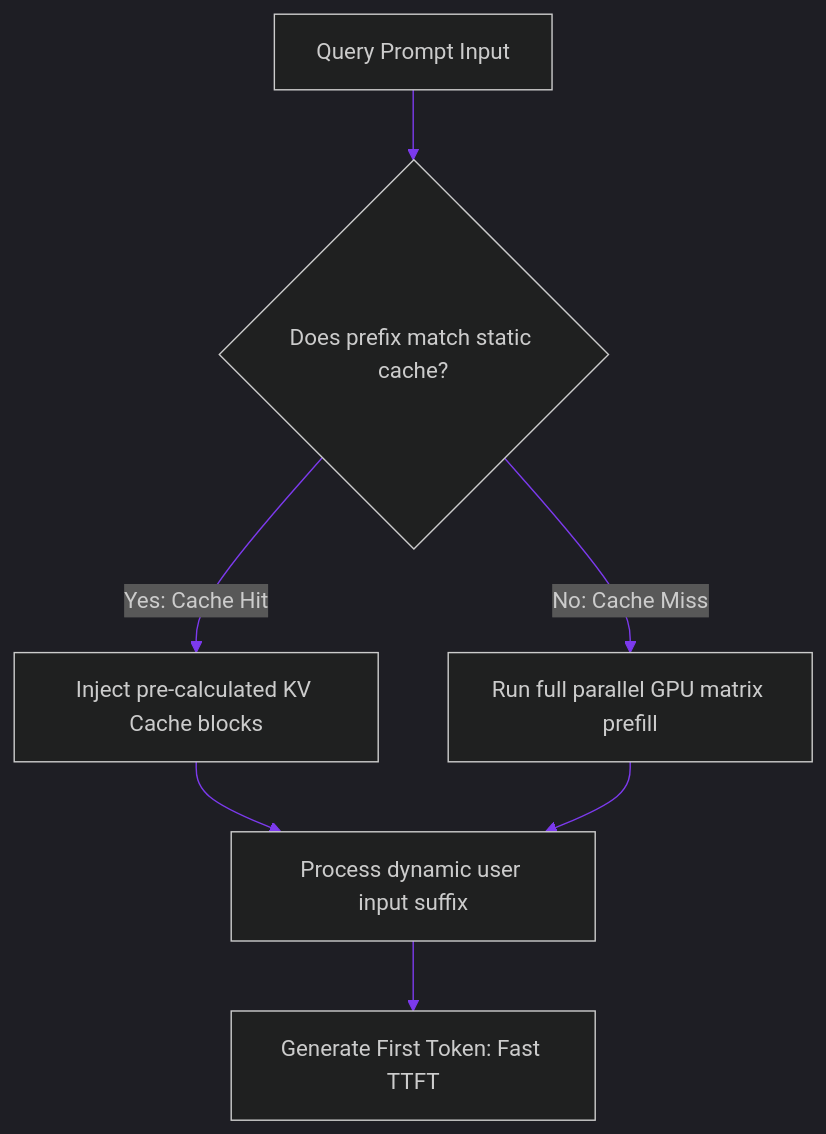
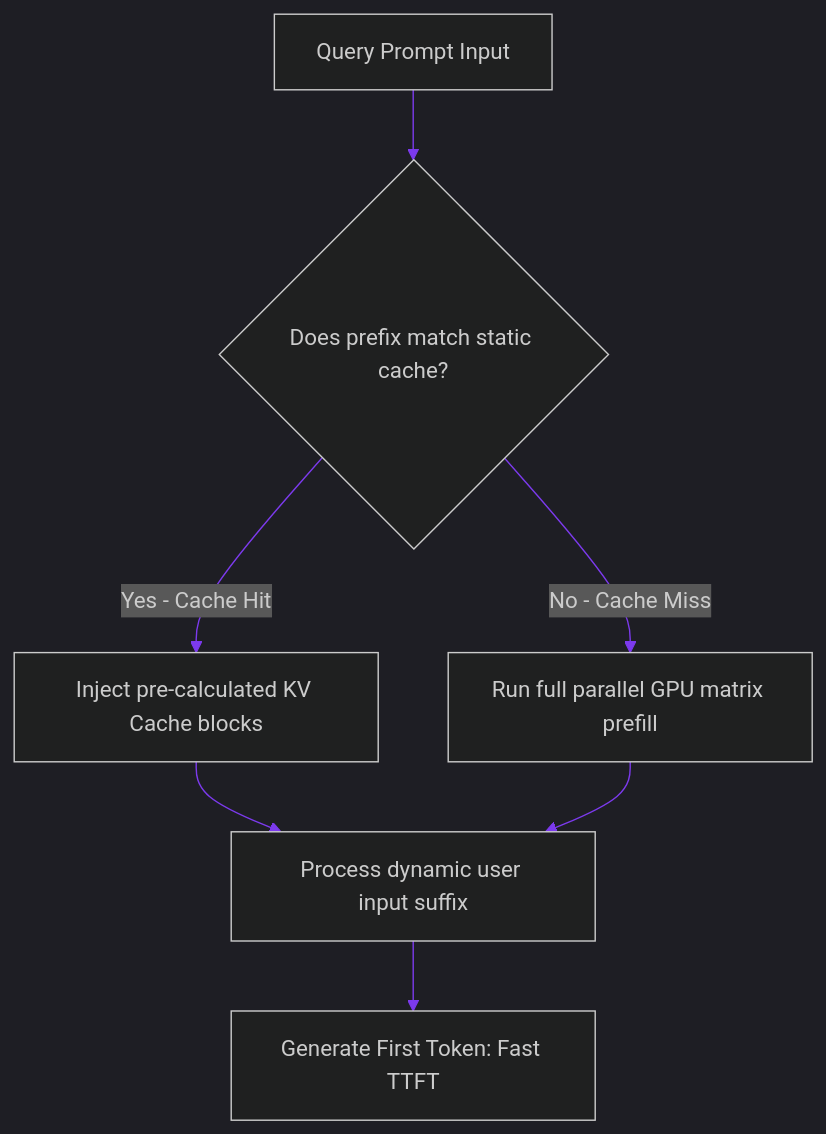
Before and after one commit to akmalkhaniub/akmalkhaniub.github.io: the diagram in blog/posts/serving-context-prefill-acceleration-kv-cache-reuse.md, drawn with Mermaid. The commit also changed 411 other files, not shown here.

````diff
--- a/blog/posts/serving-context-prefill-acceleration-kv-cache-reuse.md
+++ b/blog/posts/serving-context-prefill-acceleration-kv-cache-reuse.md
@@ -16,13 +16,13 @@
 ```mermaid
 %%{init: {'theme': 'dark', 'themeVariables': { 'primaryColor': '#7c3aed', 'primaryTextColor': '#f3f4f6', 'primaryBorderColor': '#a78bfa', 'lineColor': '#7c3aed', 'secondaryColor': '#111827', 'tertiaryColor': '#0b0f19'}}}%%
 flowchart TD
     Prompt[Query Prompt Input] --> Match{Does prefix match static cache?}
     
-    Match -->|Yes: Cache Hit| Reuse[Inject pre-calculated KV Cache blocks]
-    Match -->|No: Cache Miss| Prefill[Run full parallel GPU matrix prefill]
+    Match -->|Yes - Cache Hit| Reuse[Inject pre-calculated KV Cache blocks]
+    Match -->|No - Cache Miss| Prefill[Run full parallel GPU matrix prefill]
     
     Reuse --> Suffix[Process dynamic user input suffix]
     Prefill --> Suffix
     
     Suffix --> Decode[Generate First Token: Fast TTFT]
 ```
````
